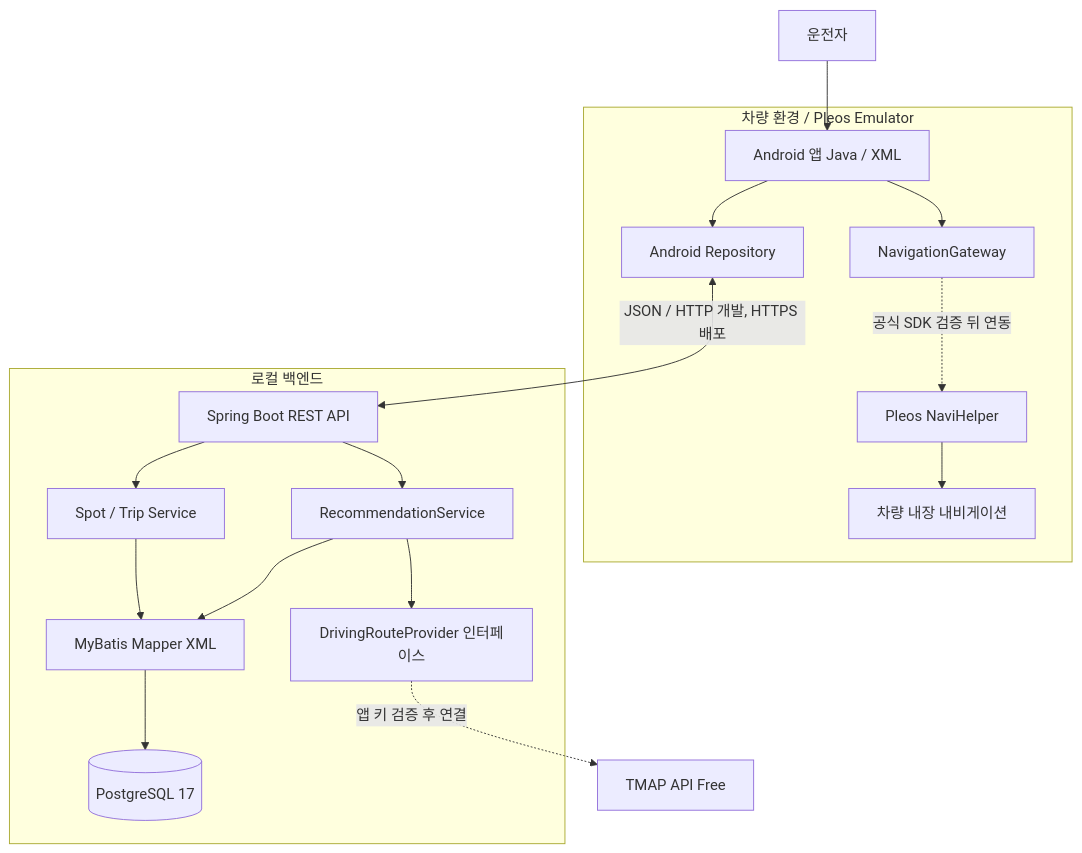
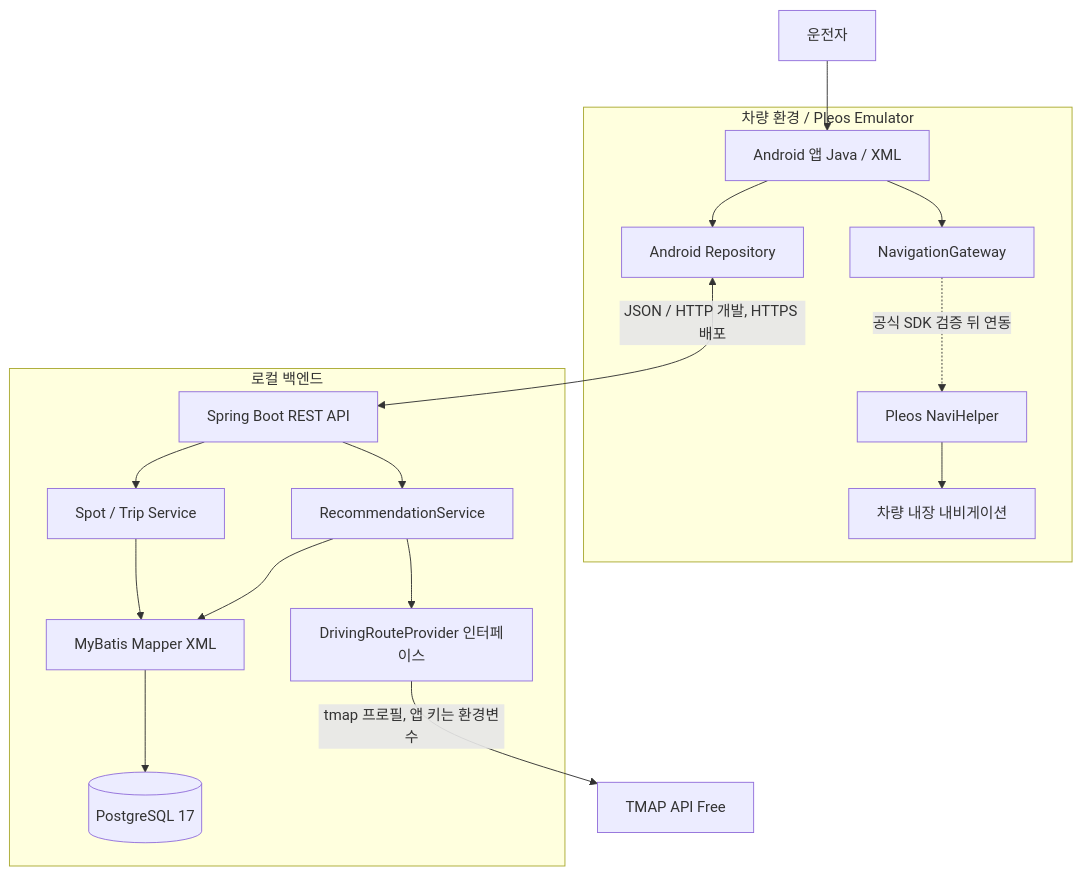
One commit to kiy3035/just-go changed the diagram in docs/architecture.md. Above: the diagram before and after it, drawn with Mermaid. The commit also changed other lines of this file and 14 other files, not shown here.

First line of the commit message:
feat: TMAP 추천 Provider 연결

````diff
--- a/docs/architecture.md
+++ b/docs/architecture.md
@@ -16,20 +16,20 @@
 ```mermaid
 flowchart TB
     U[운전자] --> UI[Android 앱 Java / XML]
     subgraph Pleos[차량 환경 / Pleos Emulator]
       UI --> Repo[Android Repository]
       UI --> NaviGateway[NavigationGateway]
       NaviGateway -. 공식 SDK 검증 뒤 연동 .-> NaviHelper[Pleos NaviHelper]
       NaviHelper --> CarNav[차량 내장 내비게이션]
     end
     Repo <-->|JSON / HTTP 개발, HTTPS 배포| Api[Spring Boot REST API]
     subgraph Local[로컬 백엔드]
       Api --> Recommendation[RecommendationService]
       Api --> Other[Spot / Trip Service]
       Recommendation --> Mapper[MyBatis Mapper XML]
       Other --> Mapper
       Mapper --> DB[(PostgreSQL 17)]
       Recommendation --> RouteProvider[DrivingRouteProvider 인터페이스]
     end
-    RouteProvider -. 앱 키 검증 후 연결 .-> MapAPI[TMAP API Free]
+    RouteProvider -->|tmap 프로필, 앱 키는 환경변수| MapAPI[TMAP API Free]
 ```
````
